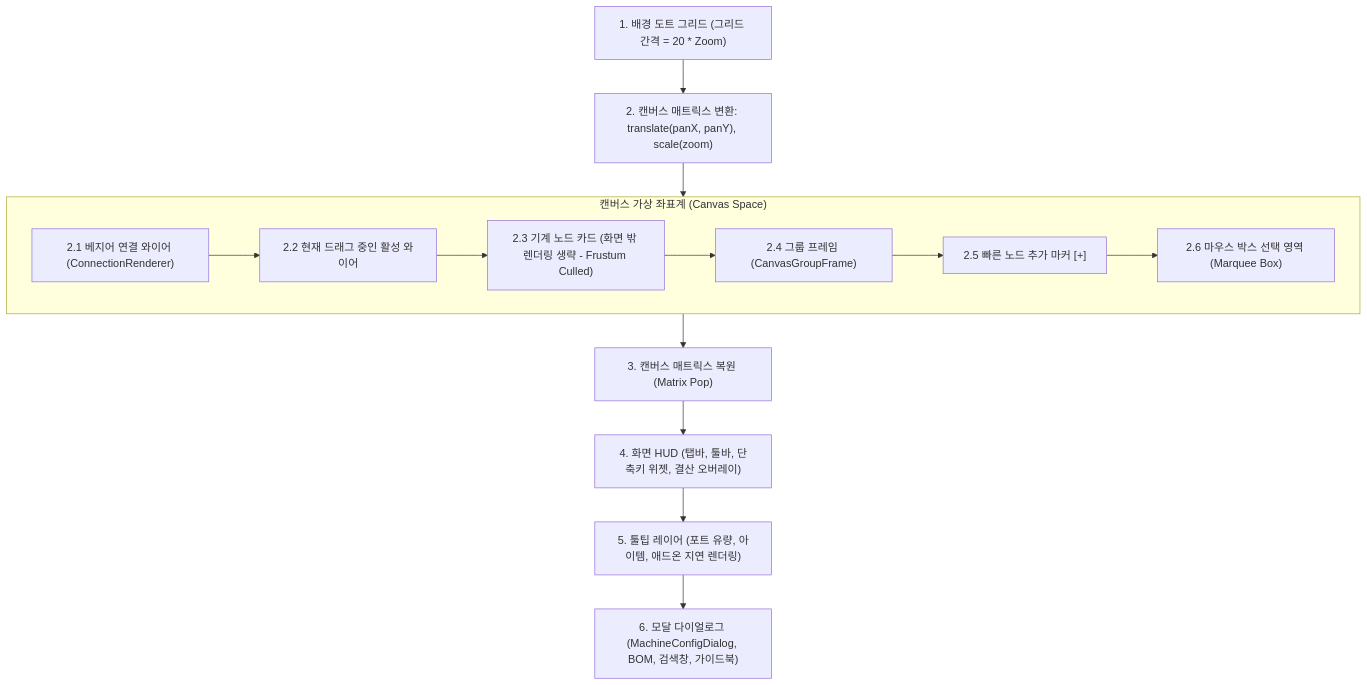
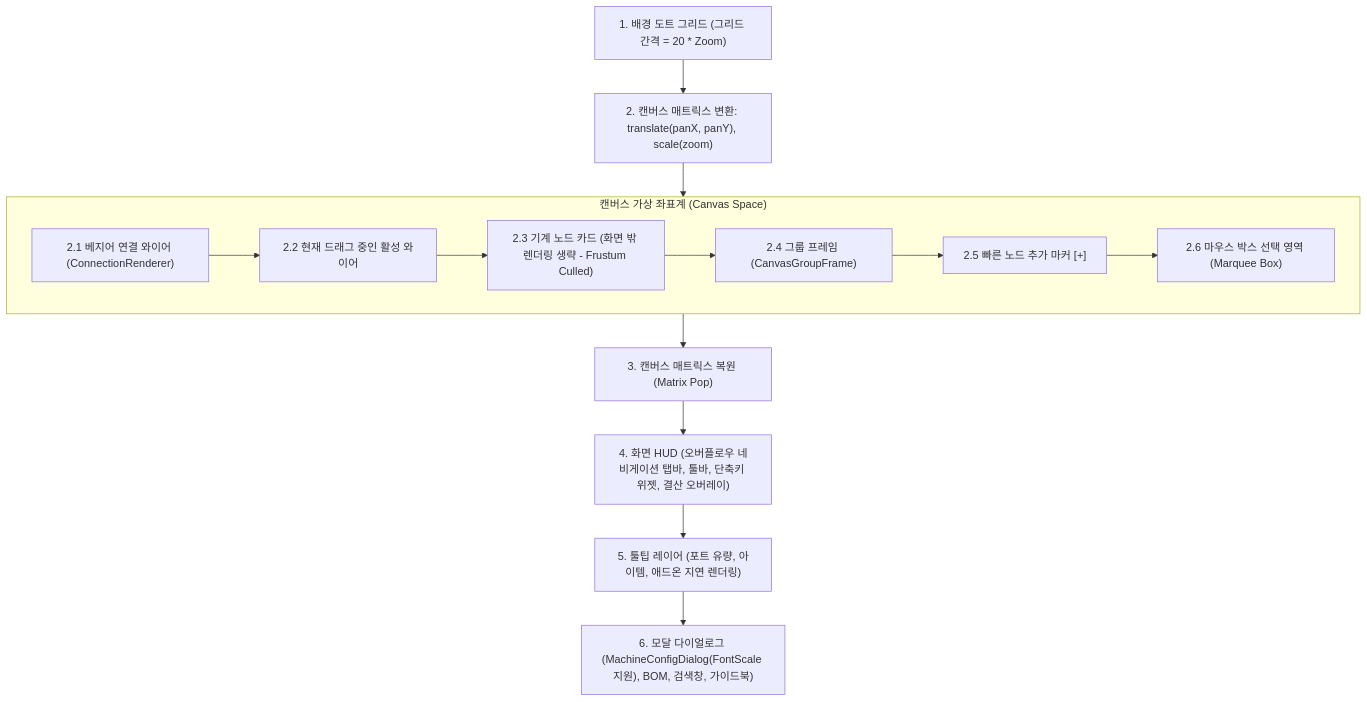
The third of 3 diagrams in docs/ARCHITECTURE_KR.md (Amvermain/GregTechCalculatorBoard), drawn with Mermaid before and after one commit. The commit also changed other lines of this file and 273 other files, not shown here.

````diff
--- a/docs/ARCHITECTURE_KR.md
+++ b/docs/ARCHITECTURE_KR.md
@@ -166,18 +173,18 @@
 ```mermaid
 flowchart TD
     G1["1. 배경 도트 그리드 (그리드 간격 = 20 * Zoom)"] --> G2["2. 캔버스 매트릭스 변환: translate(panX, panY), scale(zoom)"]
     subgraph CanvasSpace["캔버스 가상 좌표계 (Canvas Space)"]
         C1["2.1 베지어 연결 와이어 (ConnectionRenderer)"]
         C2["2.2 현재 드래그 중인 활성 와이어"]
         C3["2.3 기계 노드 카드 (화면 밖 렌더링 생략 - Frustum Culled)"]
         C4["2.4 그룹 프레임 (CanvasGroupFrame)"]
         C5["2.5 빠른 노드 추가 마커 [+]"]
         C6["2.6 마우스 박스 선택 영역 (Marquee Box)"]
         C1 --> C2 --> C3 --> C4 --> C5 --> C6
     end
     G2 --> CanvasSpace
     CanvasSpace --> G3["3. 캔버스 매트릭스 복원 (Matrix Pop)"]
-    G3 --> G4["4. 화면 HUD (탭바, 툴바, 단축키 위젯, 결산 오버레이)"]
+    G3 --> G4["4. 화면 HUD (오버플로우 네비게이션 탭바, 툴바, 단축키 위젯, 결산 오버레이)"]
     G4 --> G5["5. 툴팁 레이어 (포트 유량, 아이템, 애드온 지연 렌더링)"]
-    G5 --> G6["6. 모달 다이얼로그 (MachineConfigDialog, BOM, 검색창, 가이드북)"]
+    G5 --> G6["6. 모달 다이얼로그 (MachineConfigDialog(FontScale 지원), BOM, 검색창, 가이드북)"]
 ```
````
